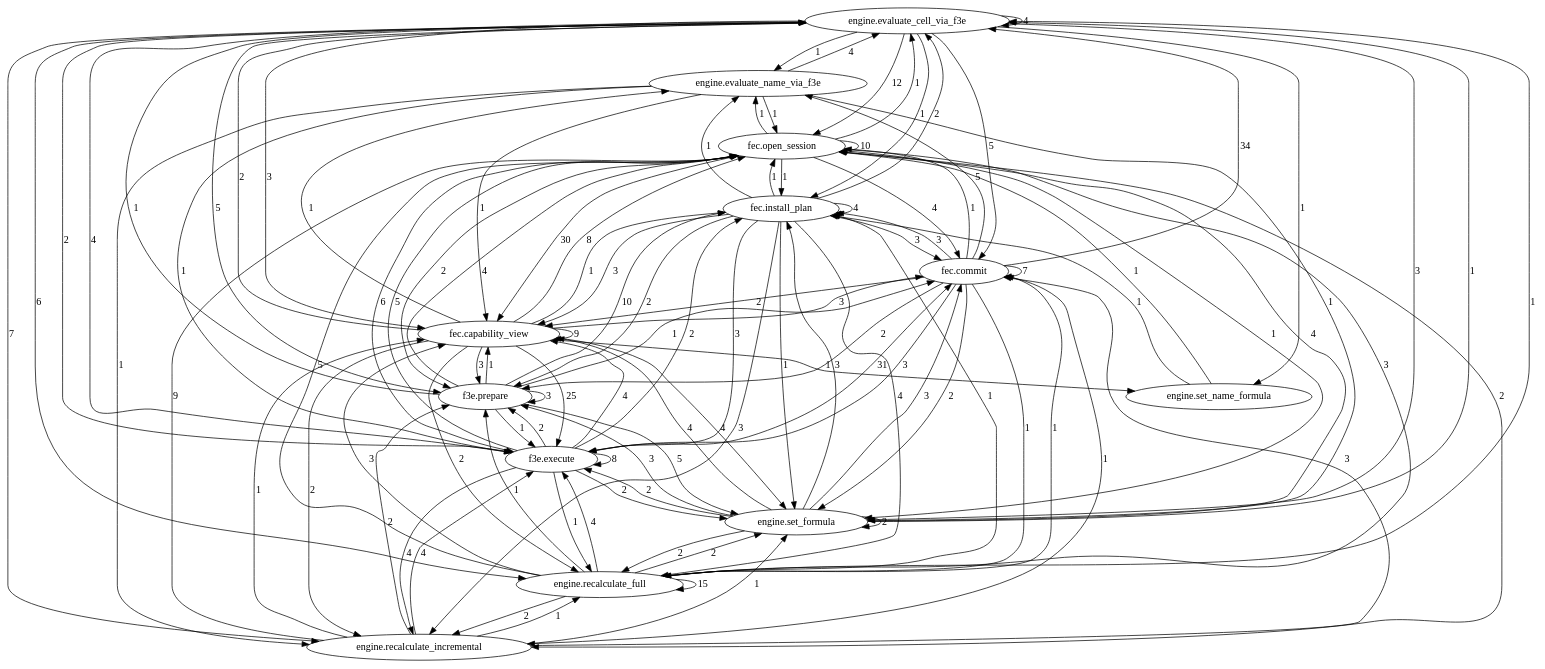
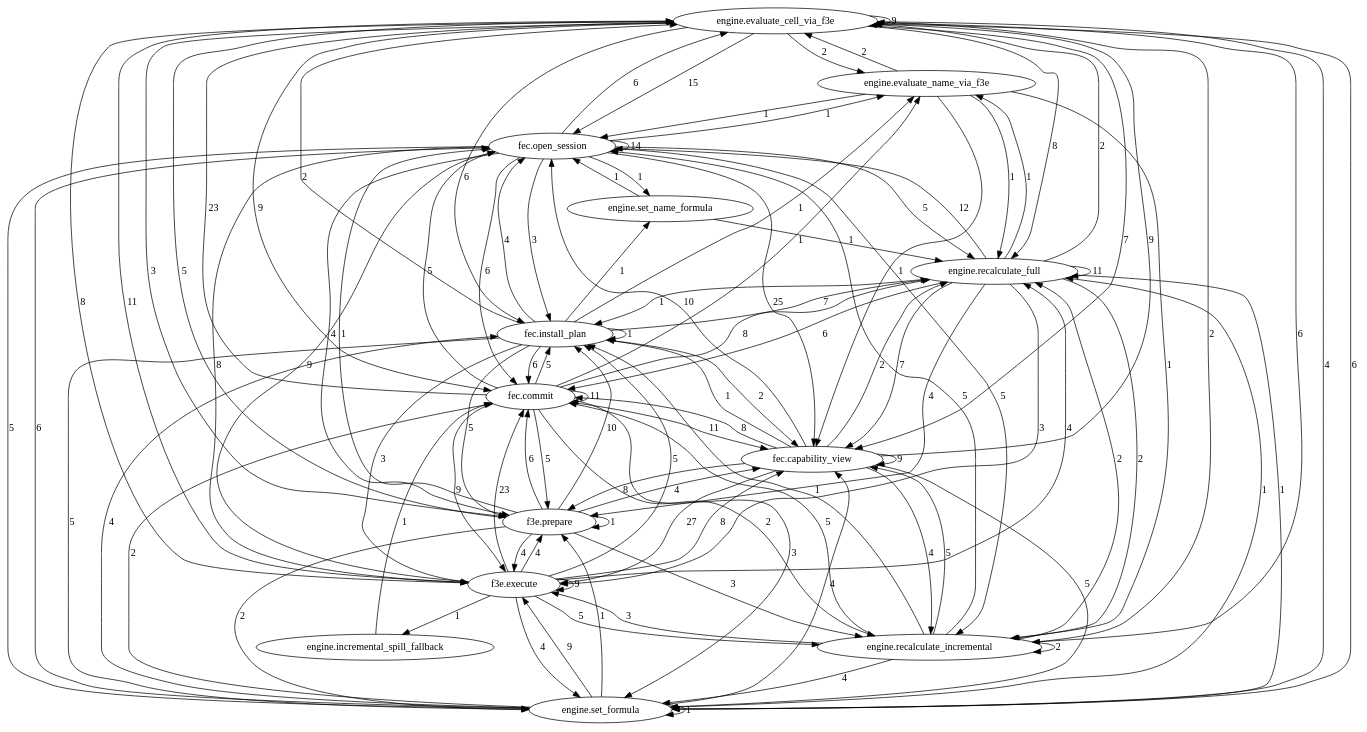
One commit to DnaCalc/DnaVisiCalc changed the diagram in artifacts/fec_f3e/seam_trace.callgraph.dot. Above: the diagram before and after it, drawn with Graphviz. The commit also changed 22 other files, not shown here.

Commit message:
feat(fec-f3e): checkpoint b4 redesign and e2e spill evidence

```diff
--- a/artifacts/fec_f3e/seam_trace.callgraph.dot
+++ b/artifacts/fec_f3e/seam_trace.callgraph.dot
@@ -1,111 +1,114 @@
 digraph fec_f3e {
-  "engine.evaluate_cell_via_f3e" -> "engine.evaluate_cell_via_f3e" [label="4"];
-  "engine.evaluate_cell_via_f3e" -> "engine.evaluate_name_via_f3e" [label="1"];
-  "engine.evaluate_cell_via_f3e" -> "engine.recalculate_full" [label="6"];
-  "engine.evaluate_cell_via_f3e" -> "engine.recalculate_incremental" [label="7"];
-  "engine.evaluate_cell_via_f3e" -> "engine.set_formula" [label="3"];
-  "engine.evaluate_cell_via_f3e" -> "engine.set_name_formula" [label="1"];
-  "engine.evaluate_cell_via_f3e" -> "f3e.execute" [label="4"];
-  "engine.evaluate_cell_via_f3e" -> "f3e.prepare" [label="5"];
-  "engine.evaluate_cell_via_f3e" -> "fec.capability_view" [label="3"];
-  "engine.evaluate_cell_via_f3e" -> "fec.commit" [label="5"];
-  "engine.evaluate_cell_via_f3e" -> "fec.install_plan" [label="1"];
-  "engine.evaluate_cell_via_f3e" -> "fec.open_session" [label="12"];
-  "engine.evaluate_name_via_f3e" -> "engine.evaluate_cell_via_f3e" [label="4"];
+  "engine.evaluate_cell_via_f3e" -> "engine.evaluate_cell_via_f3e" [label="9"];
+  "engine.evaluate_cell_via_f3e" -> "engine.evaluate_name_via_f3e" [label="2"];
+  "engine.evaluate_cell_via_f3e" -> "engine.recalculate_full" [label="8"];
+  "engine.evaluate_cell_via_f3e" -> "engine.recalculate_incremental" [label="6"];
+  "engine.evaluate_cell_via_f3e" -> "engine.set_formula" [label="4"];
+  "engine.evaluate_cell_via_f3e" -> "f3e.execute" [label="8"];
+  "engine.evaluate_cell_via_f3e" -> "f3e.prepare" [label="3"];
+  "engine.evaluate_cell_via_f3e" -> "fec.capability_view" [label="7"];
+  "engine.evaluate_cell_via_f3e" -> "fec.commit" [label="9"];
+  "engine.evaluate_cell_via_f3e" -> "fec.install_plan" [label="6"];
+  "engine.evaluate_cell_via_f3e" -> "fec.open_session" [label="15"];
+  "engine.evaluate_name_via_f3e" -> "engine.evaluate_cell_via_f3e" [label="2"];
+  "engine.evaluate_name_via_f3e" -> "engine.recalculate_full" [label="1"];
   "engine.evaluate_name_via_f3e" -> "engine.recalculate_incremental" [label="1"];
-  "engine.evaluate_name_via_f3e" -> "engine.set_formula" [label="1"];
-  "engine.evaluate_name_via_f3e" -> "f3e.execute" [label="1"];
   "engine.evaluate_name_via_f3e" -> "fec.capability_view" [label="1"];
   "engine.evaluate_name_via_f3e" -> "fec.open_session" [label="1"];
-  "engine.recalculate_full" -> "engine.evaluate_cell_via_f3e" [label="1"];
-  "engine.recalculate_full" -> "engine.recalculate_full" [label="15"];
+  "engine.incremental_spill_fallback" -> "fec.commit" [label="1"];
+  "engine.recalculate_full" -> "engine.evaluate_cell_via_f3e" [label="2"];
+  "engine.recalculate_full" -> "engine.evaluate_name_via_f3e" [label="1"];
+  "engine.recalculate_full" -> "engine.recalculate_full" [label="11"];
   "engine.recalculate_full" -> "engine.recalculate_incremental" [label="2"];
-  "engine.recalculate_full" -> "engine.set_formula" [label="2"];
-  "engine.recalculate_full" -> "f3e.execute" [label="4"];
-  "engine.recalculate_full" -> "f3e.prepare" [label="1"];
-  "engine.recalculate_full" -> "fec.capability_view" [label="3"];
-  "engine.recalculate_full" -> "fec.commit" [label="1"];
+  "engine.recalculate_full" -> "engine.set_formula" [label="1"];
+  "engine.recalculate_full" -> "f3e.execute" [label="3"];
+  "engine.recalculate_full" -> "f3e.prepare" [label="4"];
+  "engine.recalculate_full" -> "fec.capability_view" [label="7"];
+  "engine.recalculate_full" -> "fec.commit" [label="6"];
   "engine.recalculate_full" -> "fec.install_plan" [label="1"];
-  "engine.recalculate_full" -> "fec.open_session" [label="5"];
-  "engine.recalculate_incremental" -> "engine.recalculate_full" [label="1"];
-  "engine.recalculate_incremental" -> "engine.set_formula" [label="1"];
-  "engine.recalculate_incremental" -> "f3e.execute" [label="4"];
-  "engine.recalculate_incremental" -> "f3e.prepare" [label="2"];
-  "engine.recalculate_incremental" -> "fec.capability_view" [label="1"];
-  "engine.recalculate_incremental" -> "fec.commit" [label="3"];
-  "engine.recalculate_incremental" -> "fec.open_session" [label="9"];
-  "engine.set_formula" -> "engine.evaluate_cell_via_f3e" [label="1"];
-  "engine.set_formula" -> "engine.recalculate_full" [label="2"];
-  "engine.set_formula" -> "engine.set_formula" [label="2"];
-  "engine.set_formula" -> "f3e.execute" [label="2"];
-  "engine.set_formula" -> "f3e.prepare" [label="3"];
+  "engine.recalculate_full" -> "fec.open_session" [label="12"];
+  "engine.recalculate_incremental" -> "engine.evaluate_cell_via_f3e" [label="2"];
+  "engine.recalculate_incremental" -> "engine.recalculate_full" [label="2"];
+  "engine.recalculate_incremental" -> "engine.recalculate_incremental" [label="2"];
+  "engine.recalculate_incremental" -> "engine.set_formula" [label="4"];
+  "engine.recalculate_incremental" -> "f3e.execute" [label="3"];
+  "engine.recalculate_incremental" -> "fec.capability_view" [label="5"];
+  "engine.recalculate_incremental" -> "fec.commit" [label="5"];
+  "engine.recalculate_incremental" -> "fec.install_plan" [label="1"];
+  "engine.recalculate_incremental" -> "fec.open_session" [label="5"];
+  "engine.set_formula" -> "engine.evaluate_cell_via_f3e" [label="6"];
+  "engine.set_formula" -> "engine.recalculate_full" [label="1"];
+  "engine.set_formula" -> "engine.set_formula" [label="1"];
+  "engine.set_formula" -> "f3e.execute" [label="9"];
+  "engine.set_formula" -> "f3e.prepare" [label="1"];
   "engine.set_formula" -> "fec.capability_view" [label="4"];
-  "engine.set_formula" -> "fec.commit" [label="3"];
-  "engine.set_formula" -> "fec.install_plan" [label="3"];
-  "engine.set_formula" -> "fec.open_session" [label="4"];
-  "engine.set_name_formula" -> "fec.install_plan" [label="1"];
+  "engine.set_formula" -> "fec.commit" [label="2"];
+  "engine.set_formula" -> "fec.install_plan" [label="4"];
+  "engine.set_formula" -> "fec.open_session" [label="6"];
+  "engine.set_name_formula" -> "engine.recalculate_full" [label="1"];
   "engine.set_name_formula" -> "fec.open_session" [label="1"];
-  "f3e.execute" -> "engine.evaluate_cell_via_f3e" [label="2"];
-  "f3e.execute" -> "engine.recalculate_full" [label="1"];
-  "f3e.execute" -> "engine.recalculate_incremental" [label="4"];
-  "f3e.execute" -> "engine.set_formula" [label="2"];
-  "f3e.execute" -> "f3e.execute" [label="8"];
-  "f3e.execute" -> "f3e.prepare" [label="2"];
-  "f3e.execute" -> "fec.capability_view" [label="4"];
-  "f3e.execute" -> "fec.commit" [label="31"];
-  "f3e.execute" -> "fec.install_plan" [label="2"];
-  "f3e.execute" -> "fec.open_session" [label="5"];
-  "f3e.prepare" -> "engine.evaluate_cell_via_f3e" [label="1"];
-  "f3e.prepare" -> "engine.set_formula" [label="5"];
-  "f3e.prepare" -> "f3e.execute" [label="1"];
-  "f3e.prepare" -> "f3e.prepare" [label="3"];
-  "f3e.prepare" -> "fec.capability_view" [label="1"];
-  "f3e.prepare" -> "fec.commit" [label="1"];
+  "f3e.execute" -> "engine.evaluate_cell_via_f3e" [label="11"];
+  "f3e.execute" -> "engine.incremental_spill_fallback" [label="1"];
+  "f3e.execute" -> "engine.recalculate_full" [label="4"];
+  "f3e.execute" -> "engine.recalculate_incremental" [label="5"];
+  "f3e.execute" -> "engine.set_formula" [label="4"];
+  "f3e.execute" -> "f3e.execute" [label="9"];
+  "f3e.execute" -> "f3e.prepare" [label="4"];
+  "f3e.execute" -> "fec.capability_view" [label="8"];
+  "f3e.execute" -> "fec.commit" [label="23"];
+  "f3e.execute" -> "fec.install_plan" [label="5"];
+  "f3e.execute" -> "fec.open_session" [label="9"];
+  "f3e.prepare" -> "engine.evaluate_cell_via_f3e" [label="5"];
+  "f3e.prepare" -> "engine.recalculate_incremental" [label="3"];
+  "f3e.prepare" -> "engine.set_formula" [label="2"];
+  "f3e.prepare" -> "f3e.execute" [label="4"];
+  "f3e.prepare" -> "f3e.prepare" [label="1"];
+  "f3e.prepare" -> "fec.capability_view" [label="4"];
+  "f3e.prepare" -> "fec.commit" [label="6"];
   "f3e.prepare" -> "fec.install_plan" [label="10"];
-  "f3e.prepare" -> "fec.open_session" [label="4"];
-  "fec.capability_view" -> "engine.evaluate_cell_via_f3e" [label="2"];
-  "fec.capability_view" -> "engine.evaluate_name_via_f3e" [label="1"];
+  "f3e.prepare" -> "fec.open_session" [label="1"];
+  "fec.capability_view" -> "engine.evaluate_cell_via_f3e" [label="9"];
   "fec.capability_view" -> "engine.recalculate_full" [label="2"];
-  "fec.capability_view" -> "engine.recalculate_incremental" [label="2"];
-  "fec.capability_view" -> "engine.set_formula" [label="4"];
-  "fec.capability_view" -> "engine.set_name_formula" [label="1"];
-  "fec.capability_view" -> "f3e.execute" [label="25"];
-  "fec.capability_view" -> "f3e.prepare" [label="3"];
+  "fec.capability_view" -> "engine.recalculate_incremental" [label="4"];
+  "fec.capability_view" -> "engine.set_formula" [label="5"];
+  "fec.capability_view" -> "f3e.execute" [label="27"];
+  "fec.capability_view" -> "f3e.prepare" [label="8"];
   "fec.capability_view" -> "fec.capability_view" [label="9"];
-  "fec.capability_view" -> "fec.commit" [label="3"];
+  "fec.capability_view" -> "fec.commit" [label="8"];
   "fec.capability_view" -> "fec.install_plan" [label="1"];
-  "fec.capability_view" -> "fec.open_session" [label="8"];
-  "fec.commit" -> "engine.evaluate_cell_via_f3e" [label="34"];
-  "fec.commit" -> "engine.evaluate_name_via_f3e" [label="5"];
-  "fec.commit" -> "engine.recalculate_full" [label="1"];
-  "fec.commit" -> "engine.recalculate_incremental" [label="1"];
-  "fec.commit" -> "engine.set_formula" [label="2"];
-  "fec.commit" -> "f3e.execute" [label="3"];
-  "fec.commit" -> "f3e.prepare" [label="2"];
-  "fec.commit" -> "fec.capability_view" [label="2"];
-  "fec.commit" -> "fec.commit" [label="7"];
-  "fec.commit" -> "fec.install_plan" [label="3"];
-  "fec.commit" -> "fec.open_session" [label="1"];
+  "fec.capability_view" -> "fec.open_session" [label="10"];
+  "fec.commit" -> "engine.evaluate_cell_via_f3e" [label="23"];
+  "fec.commit" -> "engine.evaluate_name_via_f3e" [label="1"];
+  "fec.commit" -> "engine.recalculate_full" [label="8"];
+  "fec.commit" -> "engine.recalculate_incremental" [label="2"];
+  "fec.commit" -> "engine.set_formula" [label="3"];
+  "fec.commit" -> "f3e.execute" [label="9"];
+  "fec.commit" -> "f3e.prepare" [label="5"];
+  "fec.commit" -> "fec.capability_view" [label="11"];
+  "fec.commit" -> "fec.commit" [label="11"];
+  "fec.commit" -> "fec.install_plan" [label="5"];
+  "fec.commit" -> "fec.open_session" [label="5"];
   "fec.install_plan" -> "engine.evaluate_cell_via_f3e" [label="2"];
   "fec.install_plan" -> "engine.evaluate_name_via_f3e" [label="1"];
-  "fec.install_plan" -> "engine.recalculate_full" [label="4"];
-  "fec.install_plan" -> "engine.recalculate_incremental" [label="3"];
-  "fec.install_plan" -> "engine.set_formula" [label="1"];
+  "fec.install_plan" -> "engine.recalculate_full" [label="7"];
+  "fec.install_plan" -> "engine.set_formula" [label="5"];
+  "fec.install_plan" -> "engine.set_name_formula" [label="1"];
   "fec.install_plan" -> "f3e.execute" [label="3"];
-  "fec.install_plan" -> "f3e.prepare" [label="2"];
-  "fec.install_plan" -> "fec.capability_view" [label="3"];
-  "fec.install_plan" -> "fec.commit" [label="3"];
-  "fec.install_plan" -> "fec.install_plan" [label="4"];
-  "fec.install_plan" -> "fec.open_session" [label="1"];
-  "fec.open_session" -> "engine.evaluate_cell_via_f3e" [label="1"];
+  "fec.install_plan" -> "f3e.prepare" [label="5"];
+  "fec.install_plan" -> "fec.capability_view" [label="2"];
+  "fec.install_plan" -> "fec.commit" [label="6"];
+  "fec.install_plan" -> "fec.install_plan" [label="1"];
+  "fec.install_plan" -> "fec.open_session" [label="4"];
+  "fec.open_session" -> "engine.evaluate_cell_via_f3e" [label="6"];
   "fec.open_session" -> "engine.evaluate_name_via_f3e" [label="1"];
-  "fec.open_session" -> "engine.recalculate_full" [label="3"];
-  "fec.open_session" -> "engine.recalculate_incremental" [label="2"];
-  "fec.open_session" -> "engine.set_formula" [label="1"];
-  "fec.open_session" -> "f3e.execute" [label="6"];
-  "fec.open_session" -> "f3e.prepare" [label="2"];
-  "fec.open_session" -> "fec.capability_view" [label="30"];
-  "fec.open_session" -> "fec.commit" [label="4"];
-  "fec.open_session" -> "fec.install_plan" [label="1"];
-  "fec.open_session" -> "fec.open_session" [label="10"];
+  "fec.open_session" -> "engine.recalculate_full" [label="5"];
+  "fec.open_session" -> "engine.recalculate_incremental" [label="5"];
+  "fec.open_session" -> "engine.set_formula" [label="5"];
+  "fec.open_session" -> "engine.set_name_formula" [label="1"];
+  "fec.open_session" -> "f3e.execute" [label="8"];
+  "fec.open_session" -> "f3e.prepare" [label="4"];
+  "fec.open_session" -> "fec.capability_view" [label="25"];
+  "fec.open_session" -> "fec.commit" [label="6"];
+  "fec.open_session" -> "fec.install_plan" [label="3"];
+  "fec.open_session" -> "fec.open_session" [label="14"];
 }
```
